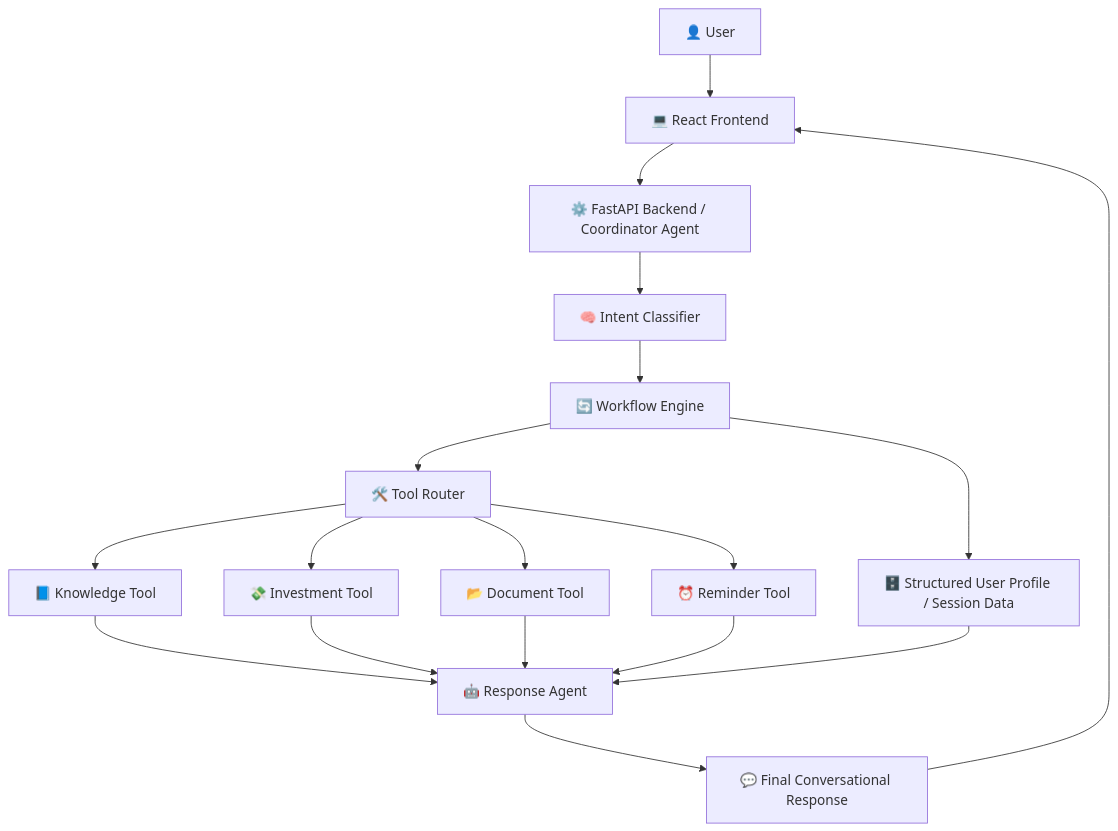
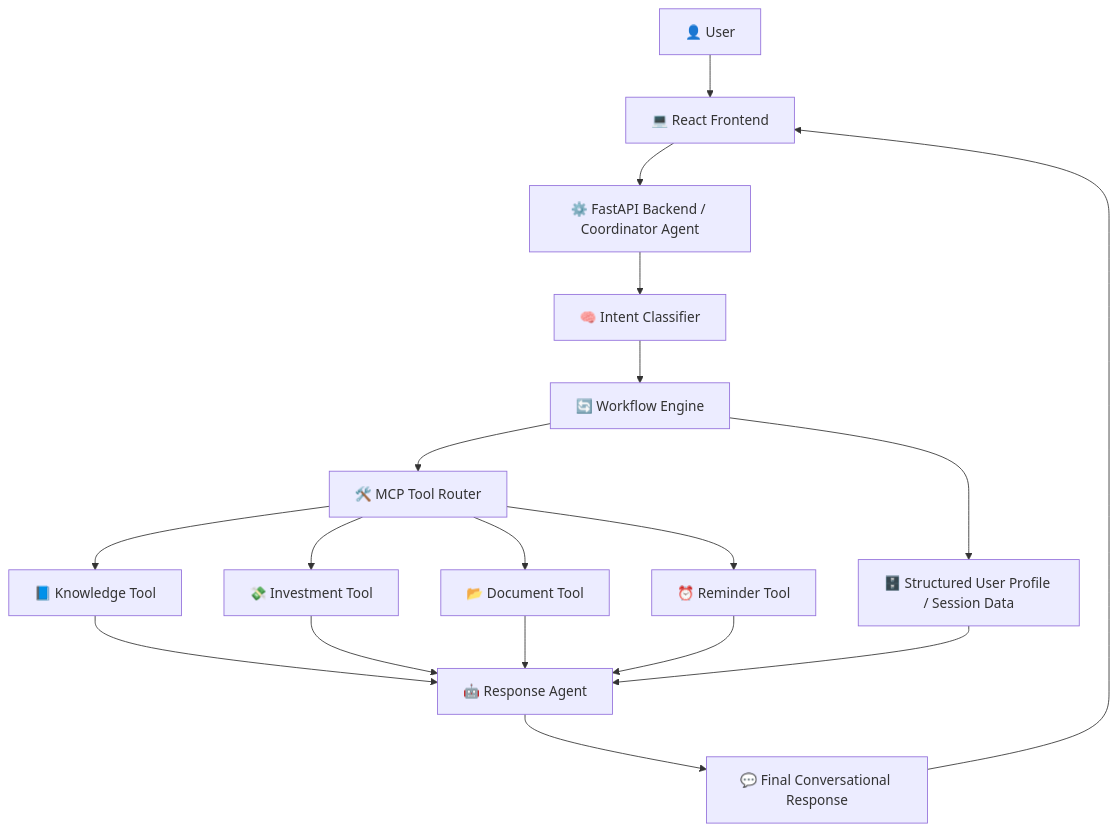
The diagram in README.md (Mk-devil-24/agex-ai-tax-assistant), drawn with Mermaid before and after one commit.

Commit message:
Rename Tool Router to MCP Tool Router in README

````diff
--- a/README.md
+++ b/README.md
@@ -71,23 +71,23 @@
 ```mermaid
 flowchart TD
     A[👤 User] --> B[💻 React Frontend]
     B --> C[⚙️ FastAPI Backend / Coordinator Agent]
     C --> D[🧠 Intent Classifier]
     D --> E[🔄 Workflow Engine]
-    E --> F[🛠️ Tool Router]
+    E --> F[🛠️ MCP Tool Router]
 
     F --> G[📘 Knowledge Tool]
     F --> H[💸 Investment Tool]
     F --> I[📂 Document Tool]
     F --> J[⏰ Reminder Tool]
 
     E --> K[🗄️ Structured User Profile / Session Data]
     G --> L[🤖 Response Agent]
     H --> L
     I --> L
     J --> L
     K --> L
 
     L --> M[💬 Final Conversational Response]
     M --> B
 ```
````
